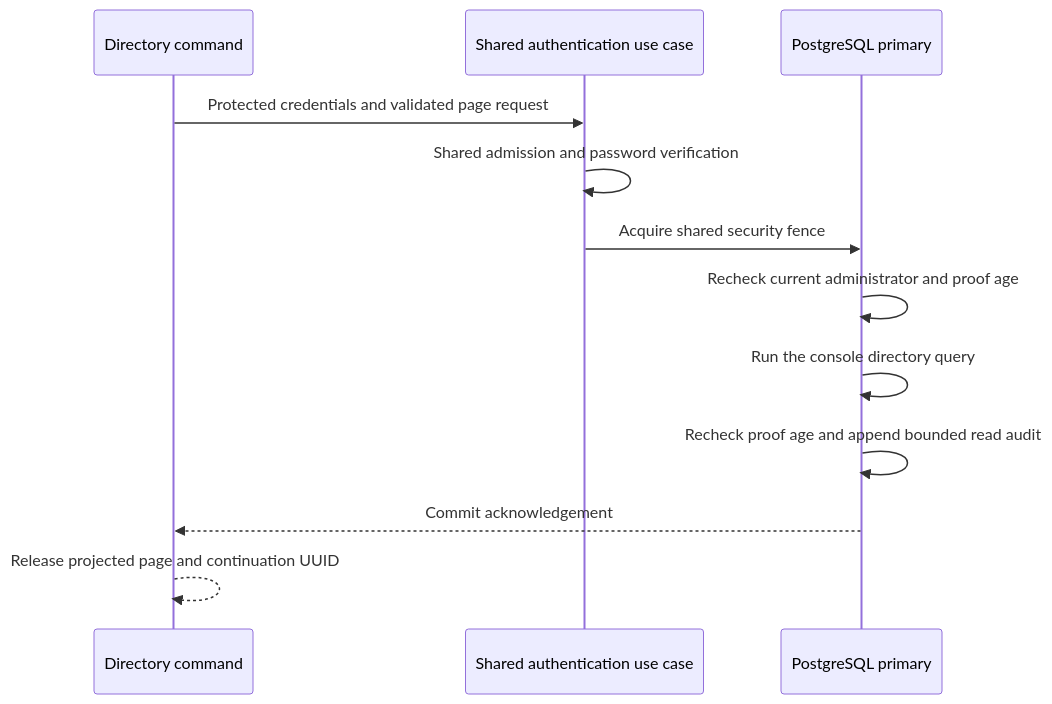
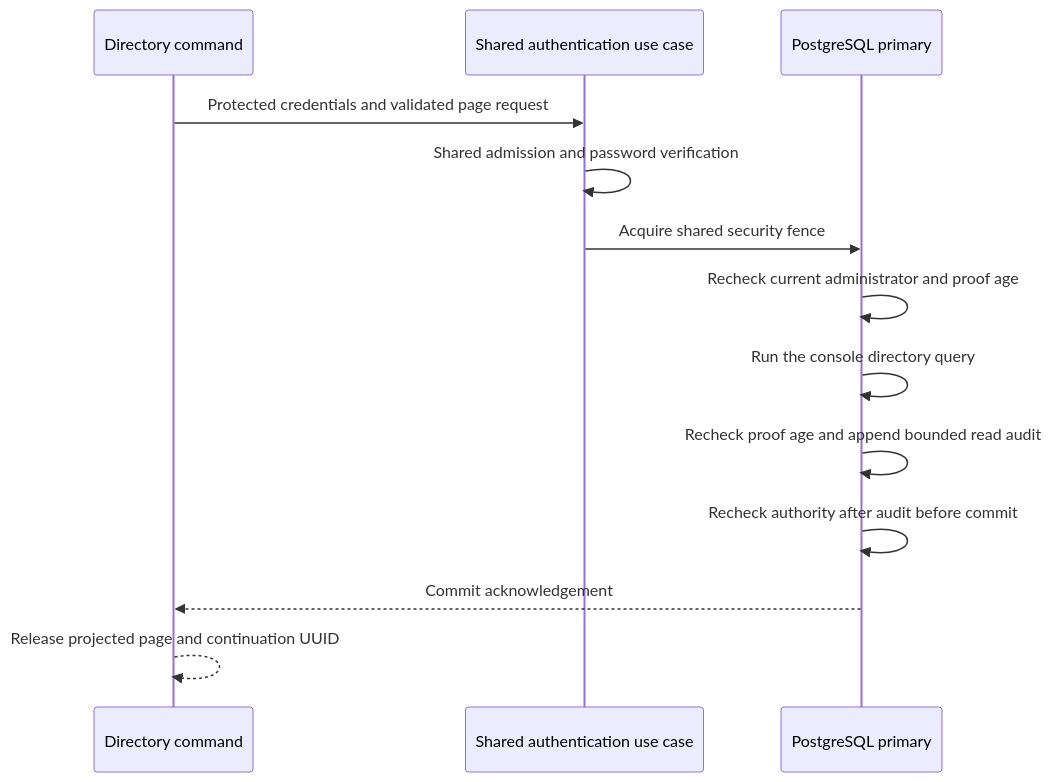
The first of 2 diagrams in docs/operator-accounts.md (OneTesseractInMultiverse/darkhorse-identity), drawn with Mermaid before and after one commit. The commit also changed other lines of this file and 22 other files, not shown here.

````diff
--- a/docs/operator-accounts.md
+++ b/docs/operator-accounts.md
@@ -71,14 +71,15 @@
 ```mermaid
 sequenceDiagram
     participant C as Directory command
     participant A as Shared authentication use case
     participant P as PostgreSQL primary
     C->>A: Protected credentials and validated page request
     A->>A: Shared admission and password verification
     A->>P: Acquire shared security fence
     P->>P: Recheck current administrator and proof age
     P->>P: Run the console directory query
     P->>P: Recheck proof age and append bounded read audit
+    P->>P: Recheck authority after audit before commit
     P-->>C: Commit acknowledgement
     C-->>C: Release projected page and continuation UUID
 ```
````
